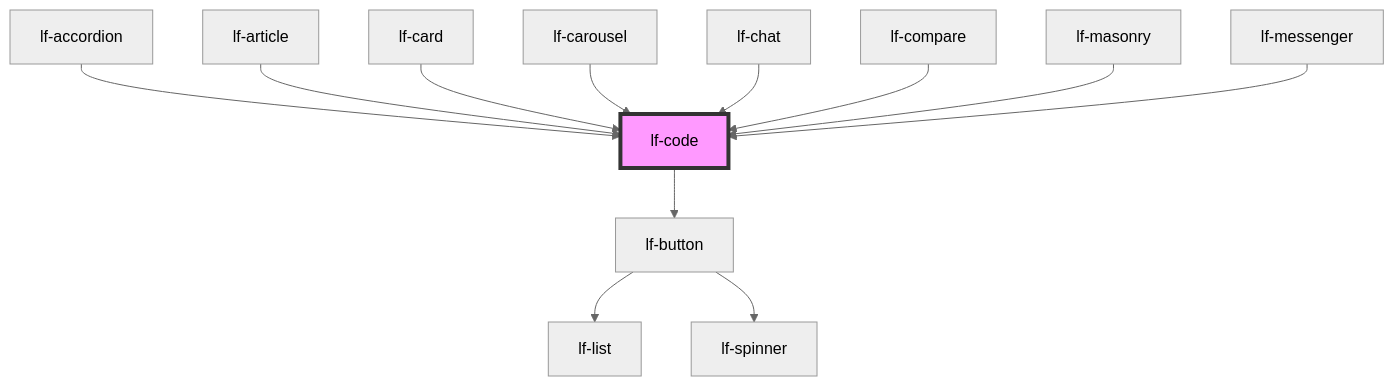
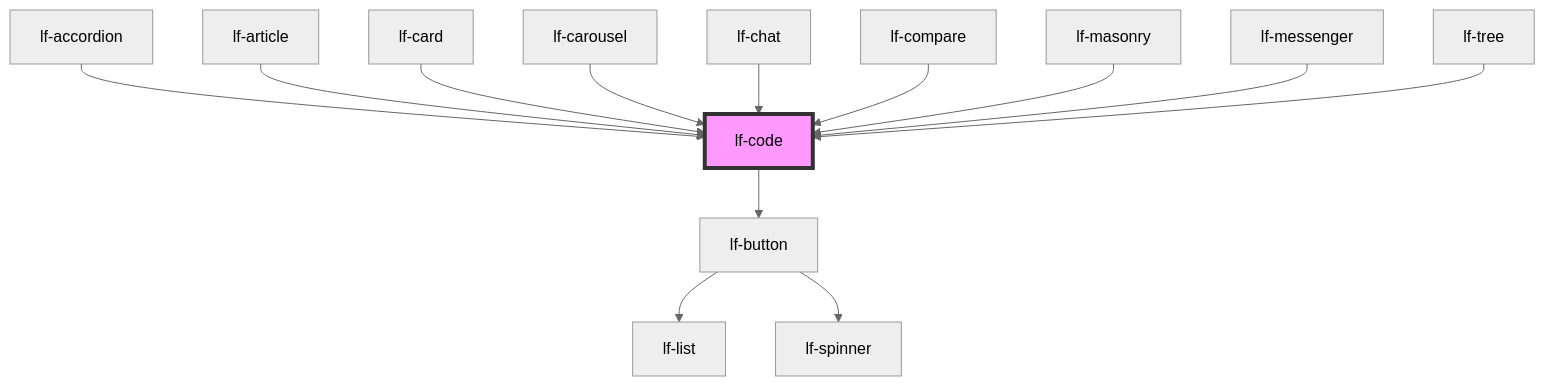
The diagram in packages/core/src/components/lf-code/readme.md (lucafoscili/lf-widgets), drawn with Mermaid (neutral theme) before and after one commit. The commit also changed other lines of this file and 17 other files, not shown here.

````diff
--- a/packages/core/src/components/lf-code/readme.md
+++ b/packages/core/src/components/lf-code/readme.md
@@ -123,15 +124,16 @@
 ```mermaid
 graph TD;
   lf-code --> lf-button
   lf-button --> lf-list
   lf-button --> lf-spinner
   lf-accordion --> lf-code
   lf-article --> lf-code
   lf-card --> lf-code
   lf-carousel --> lf-code
   lf-chat --> lf-code
   lf-compare --> lf-code
   lf-masonry --> lf-code
   lf-messenger --> lf-code
+  lf-tree --> lf-code
   style lf-code fill:#f9f,stroke:#333,stroke-width:4px
 ```
````
